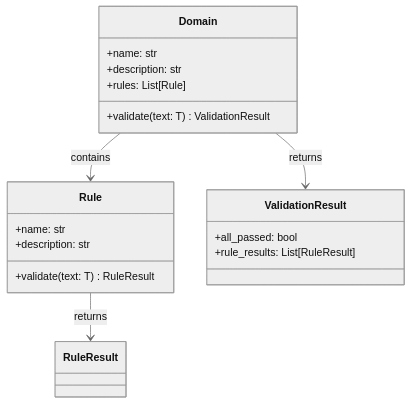
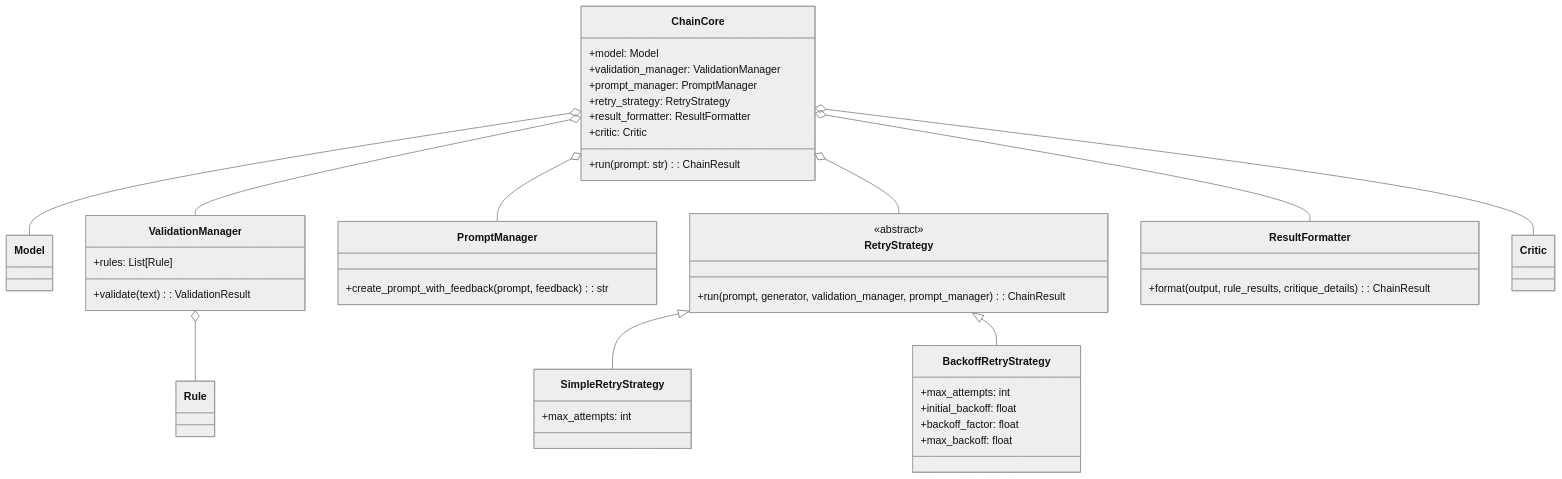
The seventh of 9 diagrams in docs/architecture/diagrams/component_relationships.md (sifaka-ai/sifaka), drawn with Mermaid (neutral theme) before and after one commit. The commit also changed other lines of this file and 12 other files, not shown here.

````diff
--- a/docs/architecture/diagrams/component_relationships.md
+++ b/docs/architecture/diagrams/component_relationships.md
@@ -129,24 +171,52 @@
 ```mermaid
 classDiagram
-    class Domain {
-        +name: str
-        +description: str
-        +rules: List[Rule]
-        +validate(text: T) ValidationResult
+    ChainCore o-- Model
+    ChainCore o-- ValidationManager
+    ChainCore o-- PromptManager
+    ChainCore o-- RetryStrategy
+    ChainCore o-- ResultFormatter
+    ChainCore o-- Critic
+
+    ValidationManager o-- Rule
+    RetryStrategy <|-- SimpleRetryStrategy
+    RetryStrategy <|-- BackoffRetryStrategy
+
+    class ChainCore {
+        +model: Model
+        +validation_manager: ValidationManager
+        +prompt_manager: PromptManager
+        +retry_strategy: RetryStrategy
+        +result_formatter: ResultFormatter
+        +critic: Critic
+        +run(prompt: str): ChainResult
     }
 
-    class Rule {
-        +name: str
-        +description: str
-        +validate(text: T) RuleResult
+    class ValidationManager {
+        +rules: List[Rule]
+        +validate(text): ValidationResult
     }
 
-    class ValidationResult {
-        +all_passed: bool
-        +rule_results: List[RuleResult]
+    class PromptManager {
+        +create_prompt_with_feedback(prompt, feedback): str
     }
 
-    Domain --> Rule: contains
-    Domain --> ValidationResult: returns
-    Rule --> RuleResult: returns
+    class RetryStrategy {
+        <<abstract>>
+        +run(prompt, generator, validation_manager, prompt_manager): ChainResult
+    }
+
+    class SimpleRetryStrategy {
+        +max_attempts: int
+    }
+
+    class BackoffRetryStrategy {
+        +max_attempts: int
+        +initial_backoff: float
+        +backoff_factor: float
+        +max_backoff: float
+    }
+
+    class ResultFormatter {
+        +format(output, rule_results, critique_details): ChainResult
+    }
 ```
````
